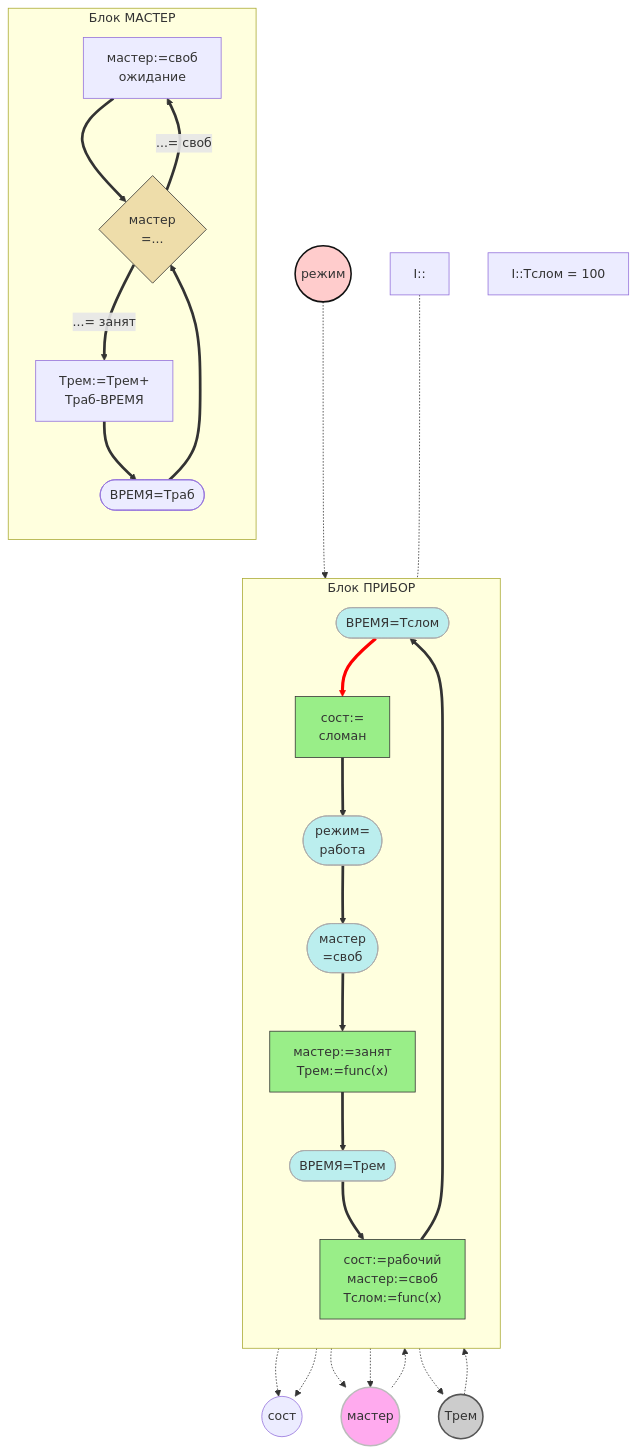
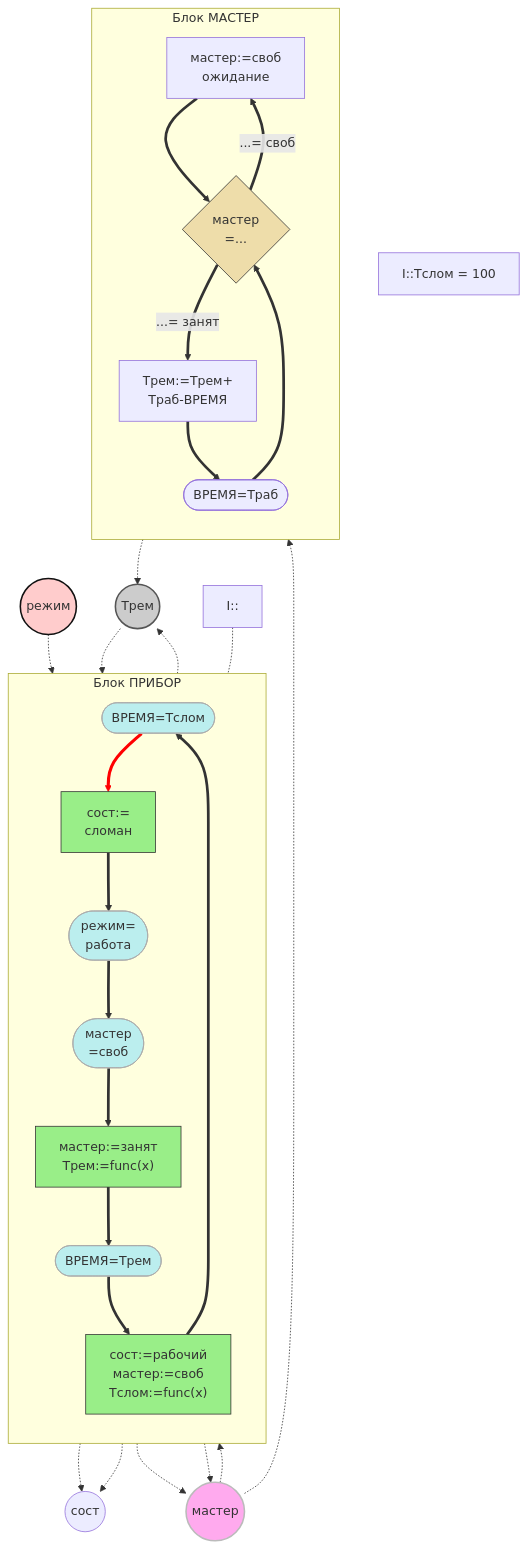
Before and after one commit to dimaselih/OZHPC_2026: the diagram in README.md, drawn with Mermaid.

````diff
--- a/README.md
+++ b/README.md
@@ -5,60 +5,62 @@
 ```mermaid
 flowchart TD
 %% === БЛОК ПРИБОР ===
 subgraph Прибор["Блок ПРИБОР"]
     direction TB
     h1(["ВРЕМЯ=Tслом"])==> h2["сост:=<br>сломан"]
     h2 ==> h3(["режим=<br>работа"])
     h3 ==> h4(["мастер<br>=своб"])
     h4 ==> h5["мастер:=занят<br>Tрем:=func(x)"]
     h5 ==> h6(["ВРЕМЯ=Трем"])
     h6 ==> h7["сост:=рабочий<br>мастер:=своб<br>Tслом:=func(x)"]
     h7 ==> h1
 end
 
 %% === БЛОК МАСТЕР ===
 subgraph Мастер["Блок МАСТЕР"]
     direction TB
     h11["мастер:=своб<br>ожидание"] ==> h15{"мастер<br>=..."}
     h15 ==>|"...= занят"| h16["Tрем:=Трем+<br>Траб-ВРЕМЯ"]
     h16 ==> h17(["ВРЕМЯ=Траб"])
     h17 ==> h15
     h15 ==>|"...= своб"| h11
 end
 
-%% === ПАРАМЕТРЫ ===
+%% === ПАРАМЕТРЫ (связывают оба блока) ===
 h2 -.->par3((сост))
 h7 -.->par3
 par1((режим))-.->h3
 par2((мастер))-.->h4
+par2 -.->h15
 h5 -.->par2
 h7 -.->par2
 h5 -.->par4((Трем))
+h16 -.->par4
 par4 -.-> h6
 
 %% Инициатор
 Ini["I::"] -.- h1
 HTf["I::Tслом = 100"]
 
 %% === СТИЛИ КЛАССОВ ===
 classDef cond fill:#bee,stroke:#aaa,stroke-width:1px;
 classDef state fill:#9e8,stroke:#333,stroke-width:1px;
 classDef navig fill:#eda,stroke:#333,stroke-width:1px;
 classDef params fill:#fcc,stroke:#159,stroke-width:1px;
 
 class h5,h2,h7 state;
 class h1,h3,h4,h6 cond;
 class h15 navig;
 class par1,par2,par4 params;
 
 style par1 fill:#fcc,stroke:#111,stroke-width:2px;
 style par2 fill:#fae,stroke:#bbb,stroke-width:2px;
 style par4 fill:#ccc,stroke:#555,stroke-width:2px;
 
 linkStyle 0 stroke:red,stroke-width:4px;
 
 %% === КЛИКАБЕЛЬНЫЕ ССЫЛКИ ===
 click par2 href "https://iu5.bmstu.ru" "переход для Мастера" _blank
 click par1 href "https://www.bmstu.ru" "режим работы" _blank
 click par4 href "https://mermaid.js.org" "время ремонта" _blank
 ```
````
